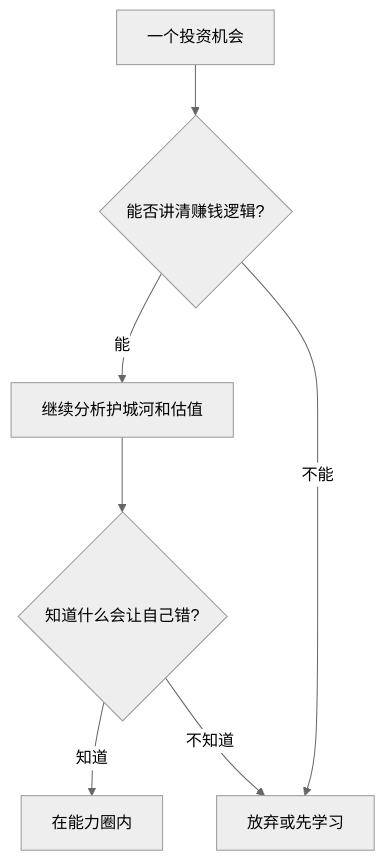
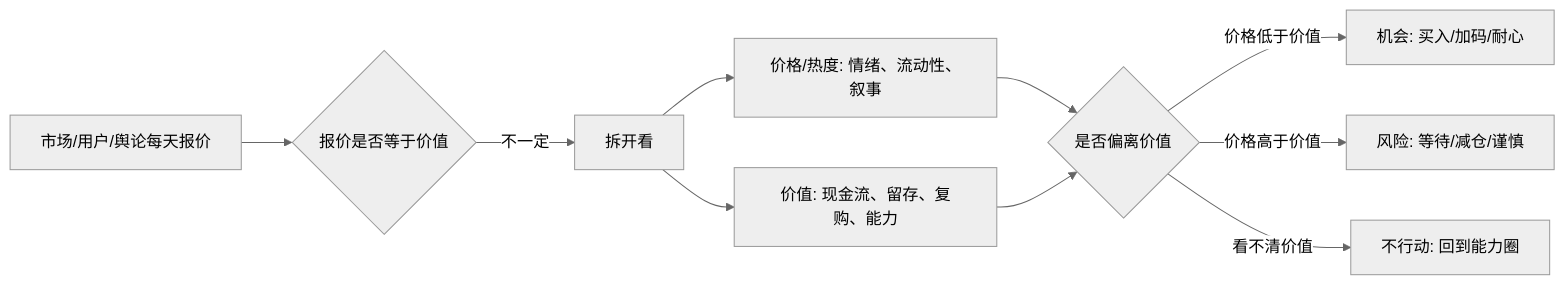
Before and after one commit to digoal/blog: the diagram in 202605/20260519_06.md, drawn with Mermaid (neutral theme). The commit also changed other lines of this file and 51 other files, not shown here.

````diff
--- a/202605/20260519_06.md
+++ b/202605/20260519_06.md
@@ -22,9 +24,12 @@
 ```mermaid
-flowchart TD
-  A["一个投资机会"] --> B{"能否讲清赚钱逻辑?"}
-  B -- "能" --> C["继续分析护城河和估值"]
-  B -- "不能" --> D["放弃或先学习"]
-  C --> E{"知道什么会让自己错?"}
-  E -- "知道" --> F["在能力圈内"]
-  E -- "不知道" --> D
+flowchart LR
+  A["市场/用户/舆论每天报价"] --> B{"报价是否等于价值"}
+  B -- "不一定" --> C["拆开看"]
+  C --> D["价格/热度: 情绪、流动性、叙事"]
+  C --> E["价值: 现金流、留存、复购、能力"]
+  D --> F{"是否偏离价值"}
+  E --> F
+  F -- "价格低于价值" --> G["机会: 买入/加码/耐心"]
+  F -- "价格高于价值" --> H["风险: 等待/减仓/谨慎"]
+  F -- "看不清价值" --> I["不行动: 回到能力圈"]
 ```
````
